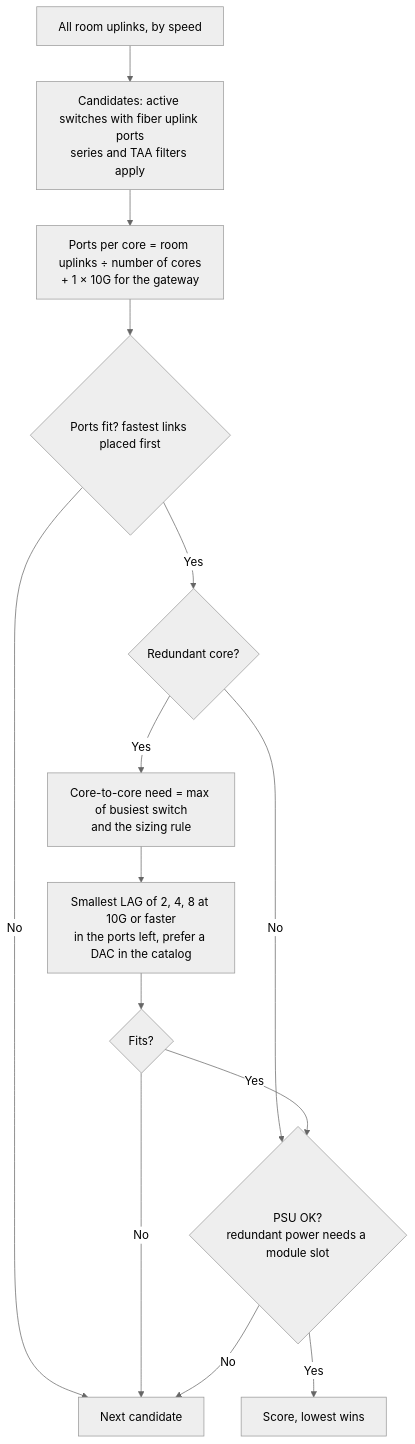
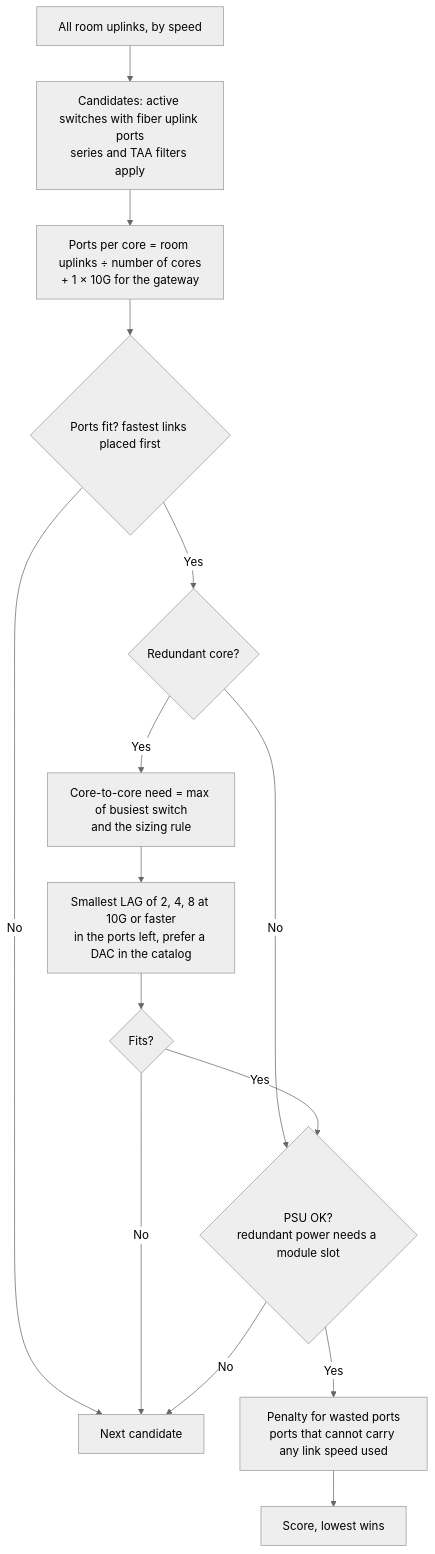
One commit to MichaelDNTGR/ntgr-bom-public changed the fourth of 4 diagrams in docs/design-logic.md. Above: the diagram before and after it, drawn with Mermaid (neutral theme). The commit also changed other lines of this file and 3 other files, not shown here.

First line of the commit message:
Penalize core ports that cannot carry the design's link speeds

````diff
--- a/docs/design-logic.md
+++ b/docs/design-logic.md
@@ -121,16 +121,17 @@
 ```mermaid
 flowchart TD
     A["All room uplinks, by speed"] --> B["Candidates: active switches with fiber uplink ports<br/>series and TAA filters apply"]
     B --> C["Ports per core = room uplinks ÷ number of cores<br/>+ 1 × 10G for the gateway"]
     C --> D{"Ports fit? fastest links placed first"}
     D -- No --> Z["Next candidate"]
     D -- Yes --> E{"Redundant core?"}
     E -- No --> P
     E -- Yes --> F["Core-to-core need = max of busiest switch<br/>and the sizing rule"]
     F --> G["Smallest LAG of 2, 4, 8 at 10G or faster<br/>in the ports left, prefer a DAC in the catalog"]
     G --> H{"Fits?"}
     H -- No --> Z
     H -- Yes --> P{"PSU OK?<br/>redundant power needs a module slot"}
     P -- No --> Z
-    P -- Yes --> S["Score, lowest wins"]
+    P -- Yes --> W["Penalty for wasted ports<br/>ports that cannot carry any link speed used"]
+    W --> S["Score, lowest wins"]
 ```
````
